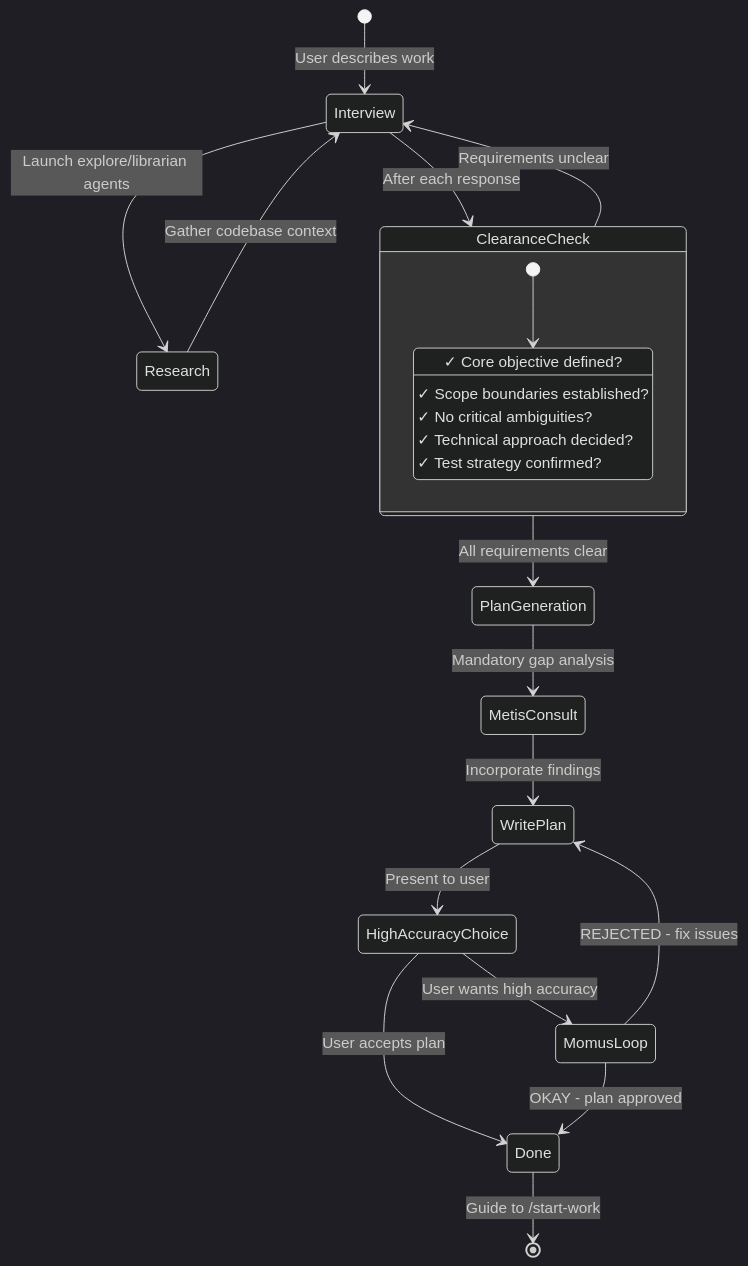
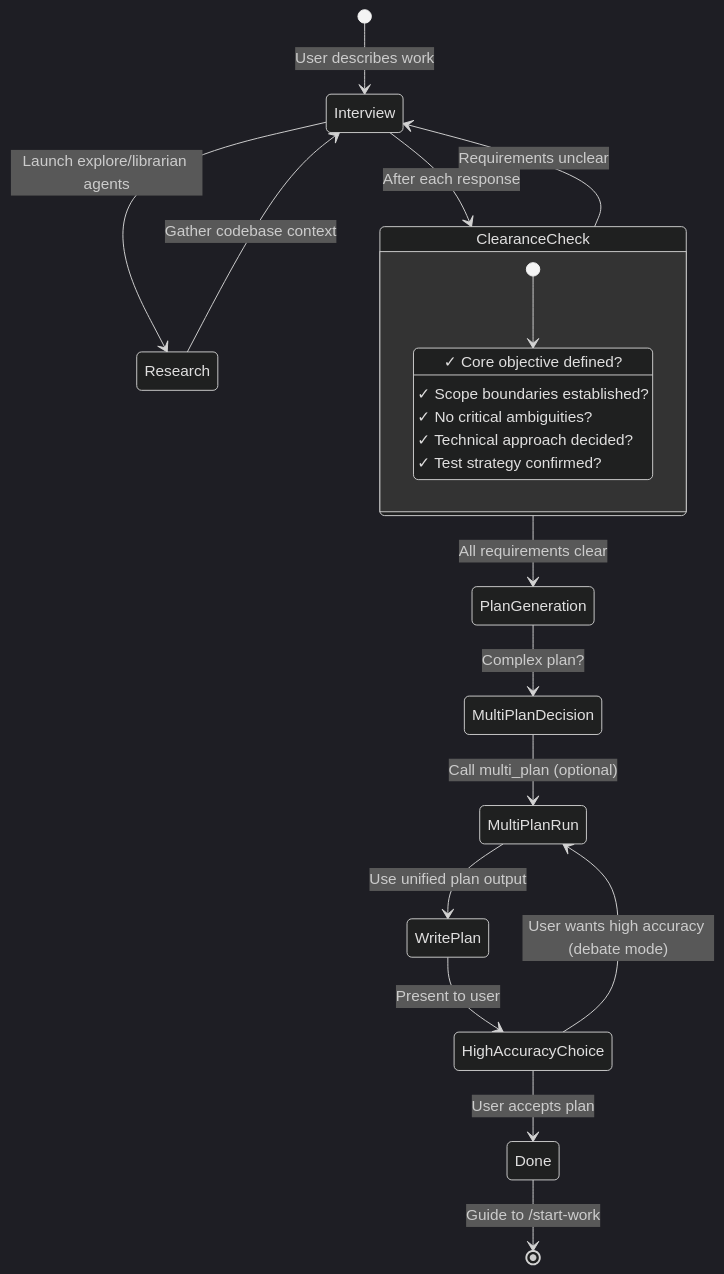
Before and after one commit to arcthur/oh-my-opencode: the second of 4 diagrams in docs/guide/understanding-orchestration-system.md, drawn with Mermaid (dark theme). The commit also changed other lines of this file and 43 other files, not shown here.

First line of the commit message:
refactor(multi-plan): consolidate planning agents into unified pipeline

````diff
--- a/docs/guide/understanding-orchestration-system.md
+++ b/docs/guide/understanding-orchestration-system.md
@@ -76,31 +76,29 @@
 ```mermaid
 stateDiagram-v2
     [*] --> Interview: User describes work
     Interview --> Research: Launch explore/librarian agents
     Research --> Interview: Gather codebase context
     Interview --> ClearanceCheck: After each response
     
     ClearanceCheck --> Interview: Requirements unclear
     ClearanceCheck --> PlanGeneration: All requirements clear
     
     state ClearanceCheck {
         [*] --> Check
         Check: ✓ Core objective defined?
         Check: ✓ Scope boundaries established?
         Check: ✓ No critical ambiguities?
         Check: ✓ Technical approach decided?
         Check: ✓ Test strategy confirmed?
     }
     
-    PlanGeneration --> MetisConsult: Mandatory gap analysis
-    MetisConsult --> WritePlan: Incorporate findings
+    PlanGeneration --> MultiPlanDecision: Complex plan?
+    MultiPlanDecision --> MultiPlanRun: Call multi_plan (optional)
+    MultiPlanRun --> WritePlan: Use unified plan output
     WritePlan --> HighAccuracyChoice: Present to user
     
-    HighAccuracyChoice --> MomusLoop: User wants high accuracy
+    HighAccuracyChoice --> MultiPlanRun: User wants high accuracy (debate mode)
     HighAccuracyChoice --> Done: User accepts plan
-    
-    MomusLoop --> WritePlan: REJECTED - fix issues
-    MomusLoop --> Done: OKAY - plan approved
     
     Done --> [*]: Guide to /start-work
 ```
````
